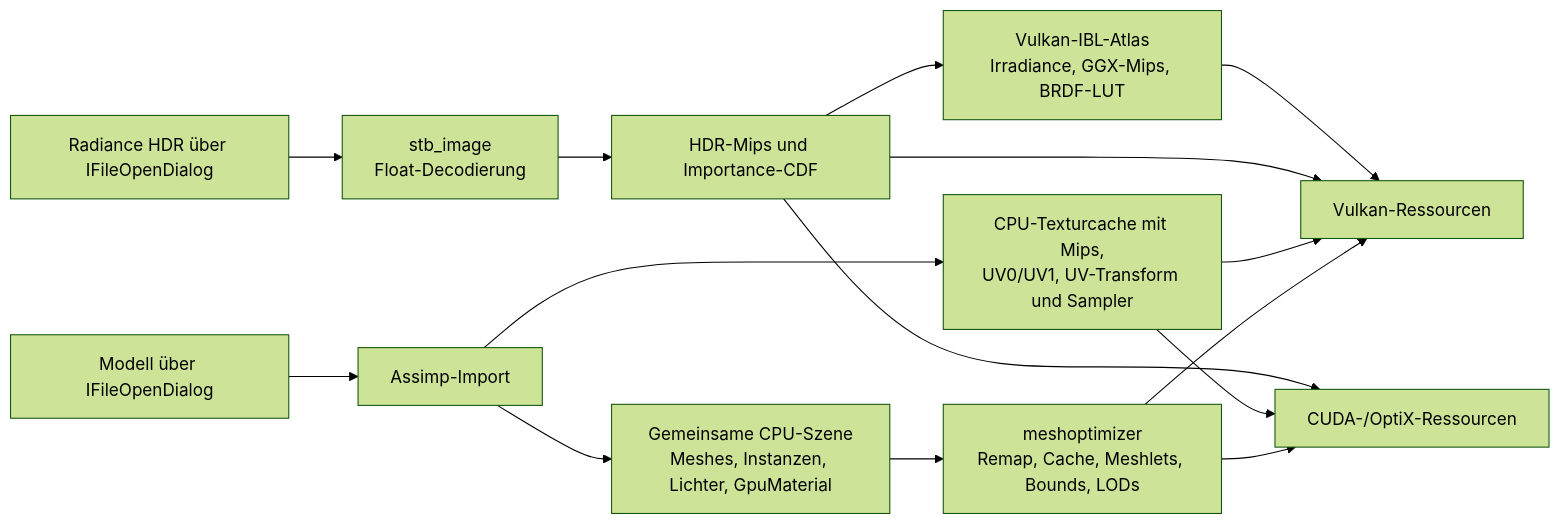
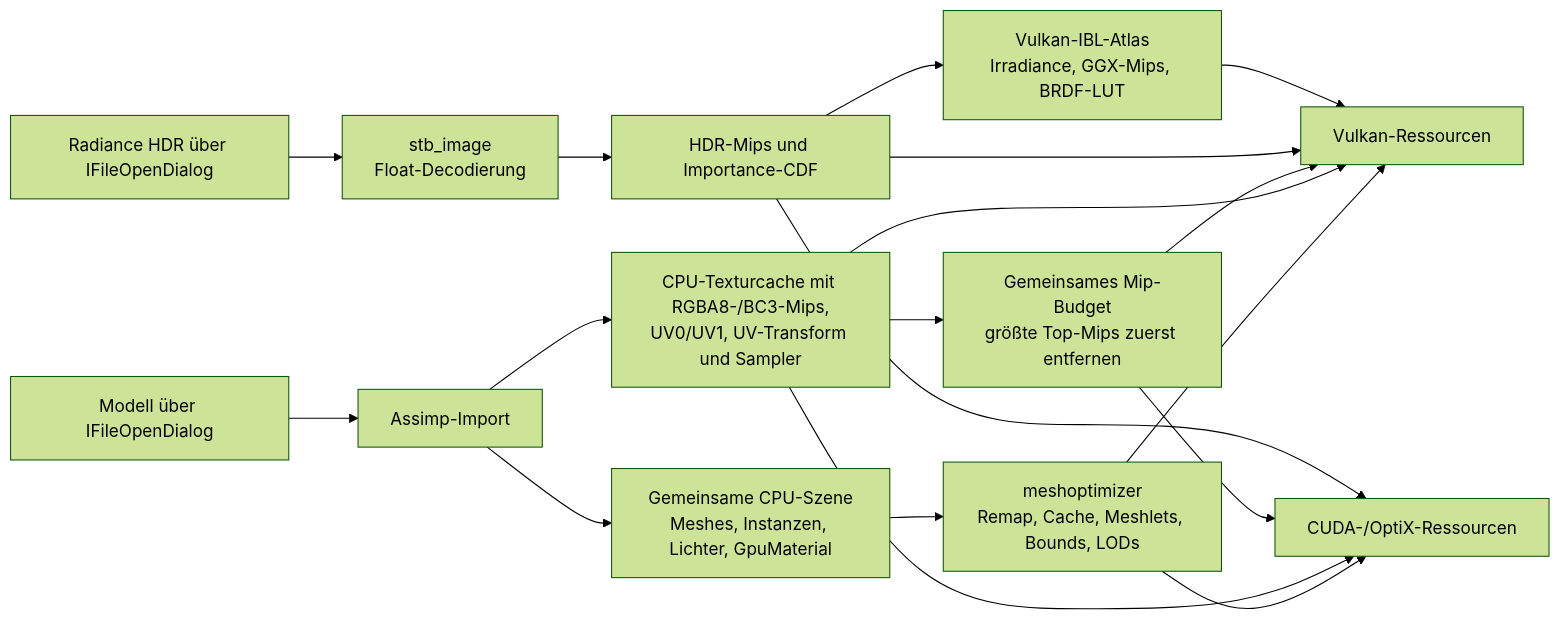
Before and after one commit to F2TekIndie/VORaytracer: the first of 4 diagrams in RENDERPFADE.md, drawn with Mermaid (forest theme). The commit also changed other lines of this file and 17 other files, not shown here.

````diff
--- a/RENDERPFADE.md
+++ b/RENDERPFADE.md
@@ -7,17 +7,20 @@
 ```mermaid
 flowchart LR
     Model["Modell über IFileOpenDialog"] --> Assimp["Assimp-Import"]
     Assimp --> Scene["Gemeinsame CPU-Szene<br/>Meshes, Instanzen, Lichter, GpuMaterial"]
-    Assimp --> Textures["CPU-Texturcache mit Mips,<br/>UV0/UV1, UV-Transform und Sampler"]
+    Assimp --> Textures["CPU-Texturcache mit RGBA8-/BC3-Mips,<br/>UV0/UV1, UV-Transform und Sampler"]
     Scene --> Meshopt["meshoptimizer<br/>Remap, Cache, Meshlets, Bounds, LODs"]
     HDR["Radiance HDR über IFileOpenDialog"] --> STB["stb_image<br/>Float-Decodierung"]
     STB --> Mips["HDR-Mips und Importance-CDF"]
     Mips --> IBL["Vulkan-IBL-Atlas<br/>Irradiance, GGX-Mips, BRDF-LUT"]
     Meshopt --> VulkanData["Vulkan-Ressourcen"]
     Meshopt --> OptixData["CUDA-/OptiX-Ressourcen"]
     Textures --> VulkanData
     Textures --> OptixData
+    Textures --> Residency["Gemeinsames Mip-Budget<br/>größte Top-Mips zuerst entfernen"]
+    Residency --> VulkanData
+    Residency --> OptixData
     Mips --> VulkanData
     Mips --> OptixData
     IBL --> VulkanData
 ```
````
